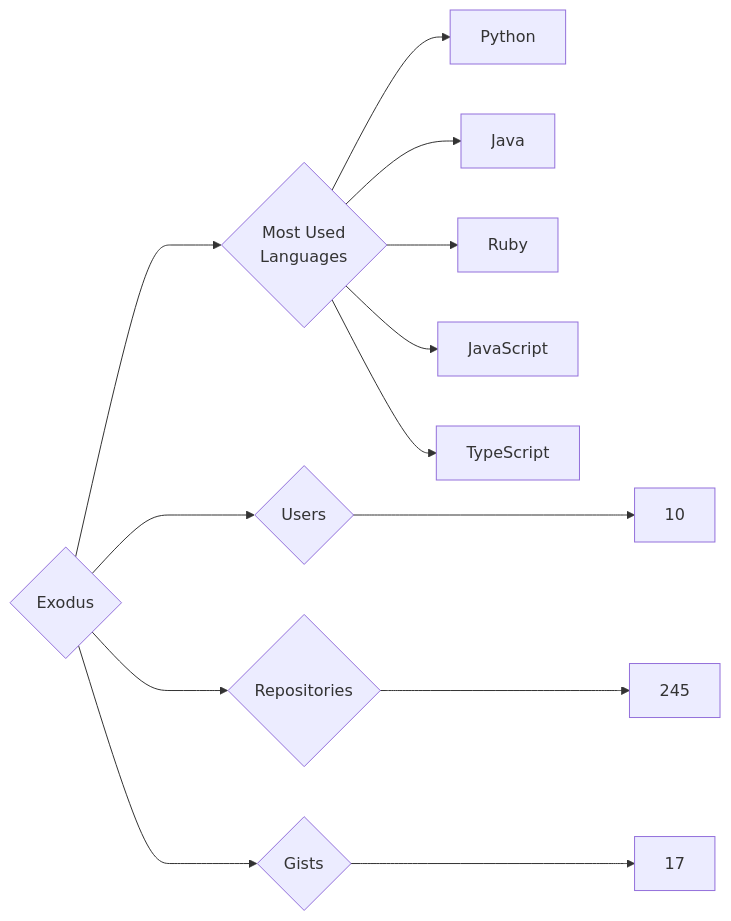
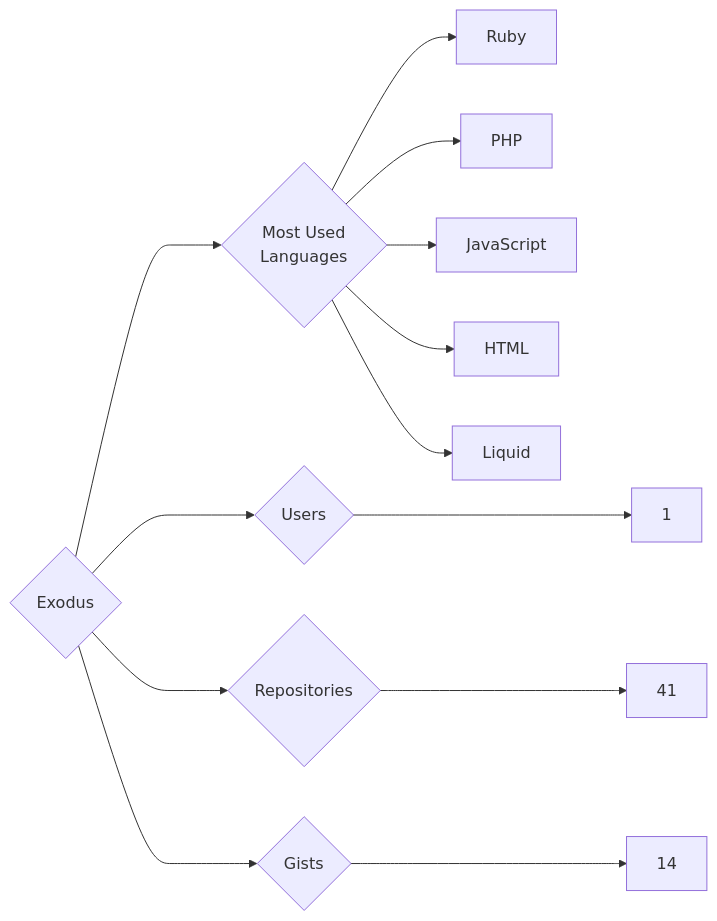
Before and after one commit to trickest/insiders: the diagram in targets/Exodus/README.md, drawn with Mermaid. The commit also changed 772 other files, not shown here.

````diff
--- a/targets/Exodus/README.md
+++ b/targets/Exodus/README.md
@@ -3,13 +3,13 @@
 ```mermaid
 graph LR
 COMPANY_NAME{Exodus}
-COMPANY_NAME ---> U{Users} ---> UN[10]
-COMPANY_NAME ---> R{Repositories} ---> RN[245]
-COMPANY_NAME ---> G{Gists} ---> GN[17]
+COMPANY_NAME ---> U{Users} ---> UN[1]
+COMPANY_NAME ---> R{Repositories} ---> RN[41]
+COMPANY_NAME ---> G{Gists} ---> GN[14]
 COMPANY_NAME ---> ML{Most Used<br>Languages}
-ML --> Python[Python]
-ML --> Java[Java]
 ML --> Ruby[Ruby]
+ML --> PHP[PHP]
 ML --> JavaScript[JavaScript]
-ML --> TypeScript[TypeScript]
+ML --> HTML[HTML]
+ML --> Liquid[Liquid]
 ```
````
